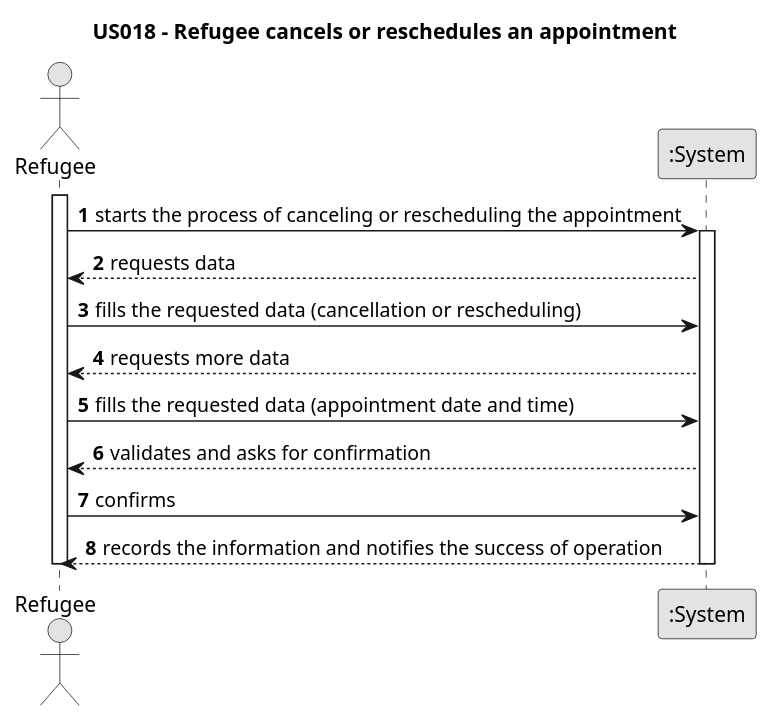
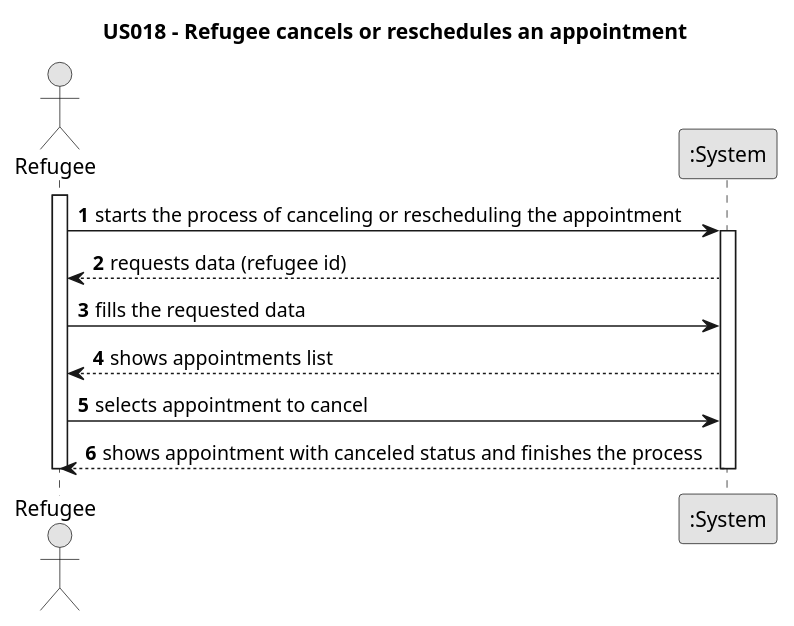
Before and after one commit to Chirano/GladlyGiven: the diagram in javaSprint2GladlyGiven/Docs/UseCases/uc018/requirements/puml/uc018-SSD.puml, drawn with PlantUML. The commit also changed 10 other files, not shown here.

```diff
--- a/javaSprint2GladlyGiven/Docs/UseCases/uc018/requirements/puml/uc018-SSD.puml
+++ b/javaSprint2GladlyGiven/Docs/UseCases/uc018/requirements/puml/uc018-SSD.puml
@@ -1,29 +1,27 @@
 @startuml
 skinparam monochrome true
 skinparam packageStyle rectangle
 skinparam shadowing false
 
 title US018 - Refugee cancels or reschedules an appointment
 
 
 
 autonumber
 
 actor Refugee as refugee
 participant ":System" as system
 
 activate refugee
     refugee -> system : starts the process of canceling or rescheduling the appointment
     activate system
-        system --> refugee : requests data
-        refugee -> system : fills the requested data (cancellation or rescheduling)
-        system --> refugee : requests more data
-        refugee -> system : fills the requested data (appointment date and time)
-        system --> refugee : validates and asks for confirmation
-        refugee -> system : confirms
-        system --> refugee : records the information and notifies the success of operation
-    deactivate system
+             system --> refugee : requests data (refugee id)
+             refugee -> system : fills the requested data
+             system --> refugee : shows appointments list
+             refugee -> system : selects appointment to cancel
+             system --> refugee : shows appointment with canceled status and finishes the process
+             deactivate system
 deactivate refugee
 
 
 @enduml
```
